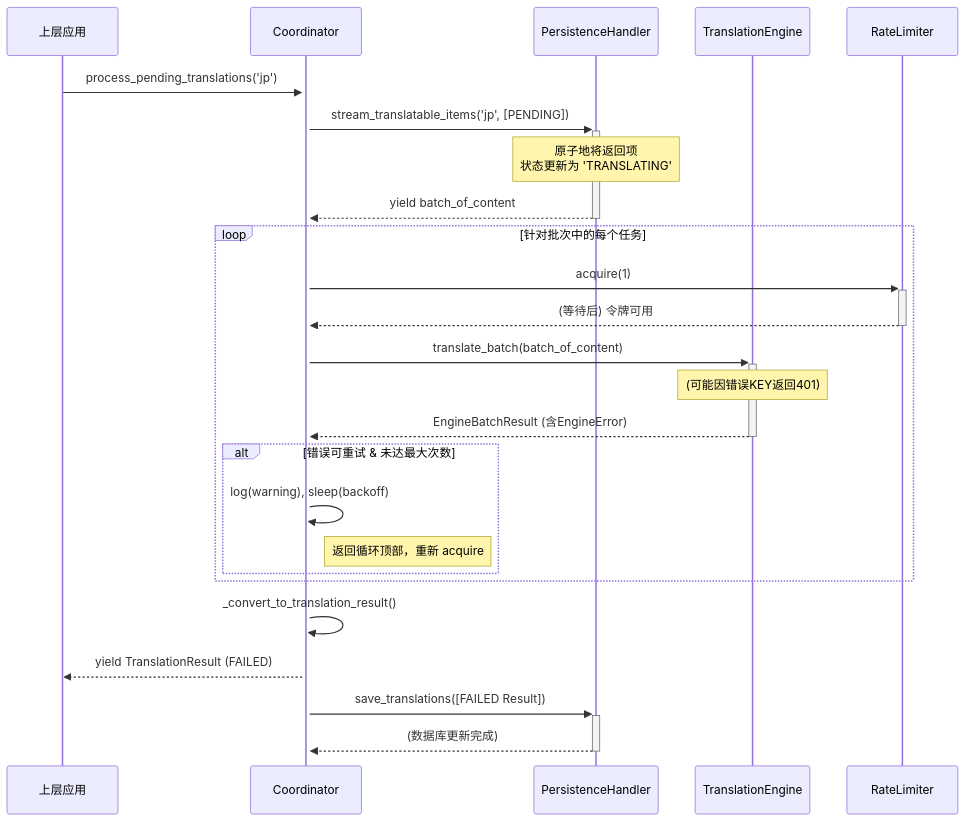
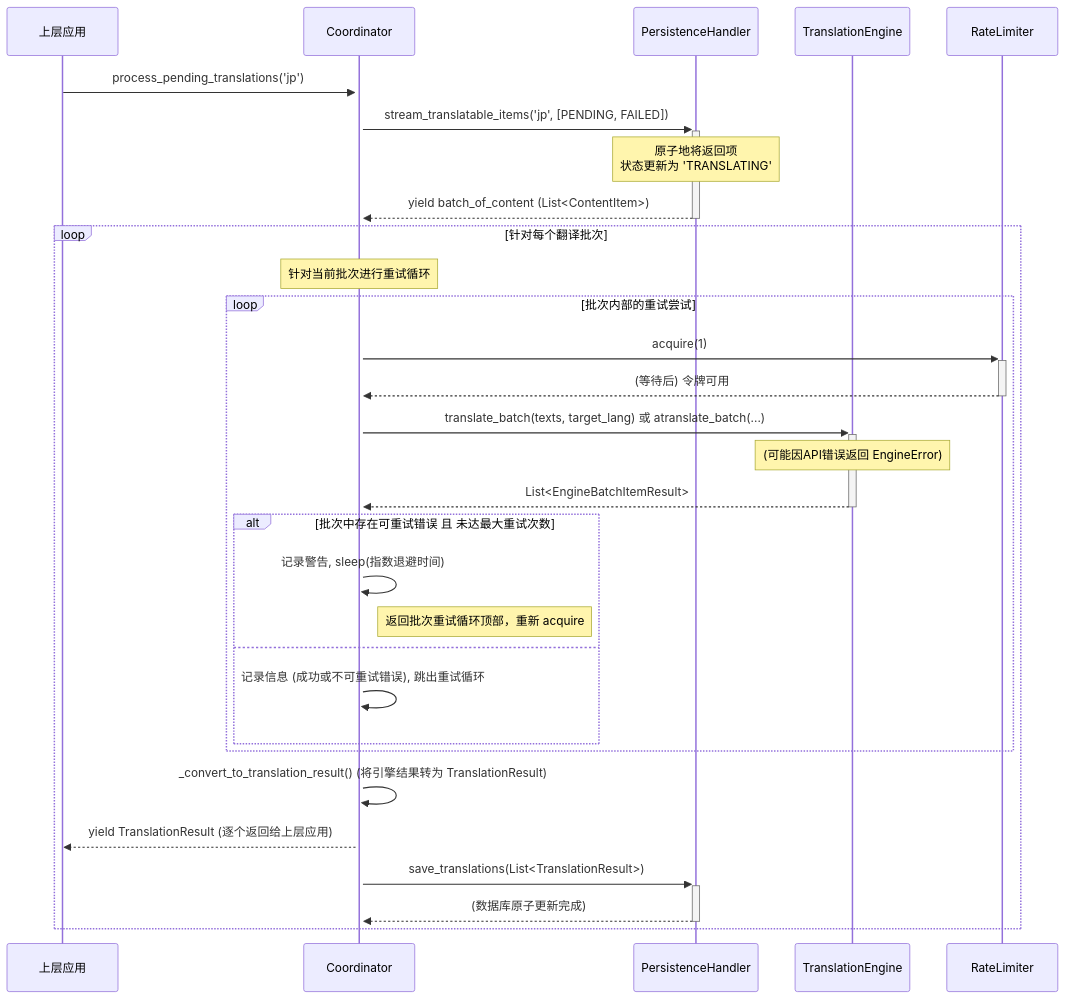
Before and after one commit to SakenW/Trans-Hub: the second of 2 diagrams in docs/trans-hub-core-design.md, drawn with Mermaid. The commit also changed other lines of this file and 4 other files, not shown here.

````diff
--- a/docs/trans-hub-core-design.md
+++ b/docs/trans-hub-core-design.md
@@ -180,33 +187,38 @@
 ```mermaid
 sequenceDiagram
     participant App as 上层应用
     participant Coord as Coordinator
     participant Handler as PersistenceHandler
     participant Engine as TranslationEngine
     participant Limiter as RateLimiter
 
     App->>+Coord: process_pending_translations('jp')
-    Coord->>+Handler: stream_translatable_items('jp', [PENDING])
+    Coord->>+Handler: stream_translatable_items('jp', [PENDING, FAILED])
     Note over Handler: 原子地将返回项<br>状态更新为 'TRANSLATING'
-    Handler-->>-Coord: yield batch_of_content
+    Handler-->>-Coord: yield batch_of_content (List<ContentItem>)
     
-    loop 针对批次中的每个任务
-        Coord->>+Limiter: acquire(1)
-        Limiter-->>-Coord: (等待后) 令牌可用
+    loop 针对每个翻译批次
+        Note over Coord: 针对当前批次进行重试循环
+        loop 批次内部的重试尝试
+            Coord->>+Limiter: acquire(1)
+            Limiter-->>-Coord: (等待后) 令牌可用
+            
+            Coord->>+Engine: translate_batch(texts, target_lang) 或 atranslate_batch(...)
+            Note over Engine: (可能因API错误返回 EngineError)
+            Engine-->>-Coord: List<EngineBatchItemResult>
+            
+            alt 批次中存在可重试错误 且 未达最大重试次数
+                Coord->>Coord: 记录警告, sleep(指数退避时间)
+                Note right of Coord: 返回批次重试循环顶部，重新 acquire
+            else
+                Coord->>Coord: 记录信息 (成功或不可重试错误), 跳出重试循环
+            end
+        end
         
-        Coord->>+Engine: translate_batch(batch_of_content)
-        Note over Engine: (可能因错误KEY返回401)
-        Engine-->>-Coord: EngineBatchResult (含EngineError)
+        Coord->>Coord: _convert_to_translation_result() (将引擎结果转为 TranslationResult)
+        Coord-->>App: yield TranslationResult (逐个返回给上层应用)
         
-        alt 错误可重试 & 未达最大次数
-            Coord->>Coord: log(warning), sleep(backoff)
-            Note right of Coord: 返回循环顶部，重新 acquire
-        end
+        Coord->>+Handler: save_translations(List<TranslationResult>)
+        Handler-->>-Coord: (数据库原子更新完成)
     end
-    
-    Coord->>Coord: _convert_to_translation_result()
-    Coord-->>App: yield TranslationResult (FAILED)
-    
-    Coord->>+Handler: save_translations([FAILED Result])
-    Handler-->>-Coord: (数据库更新完成)
 ```
````
